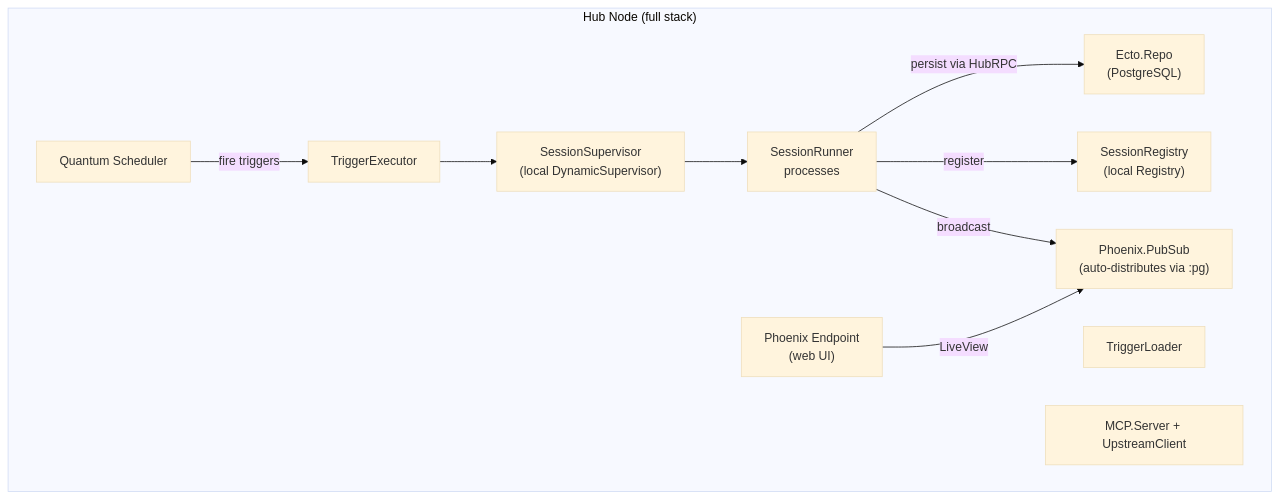
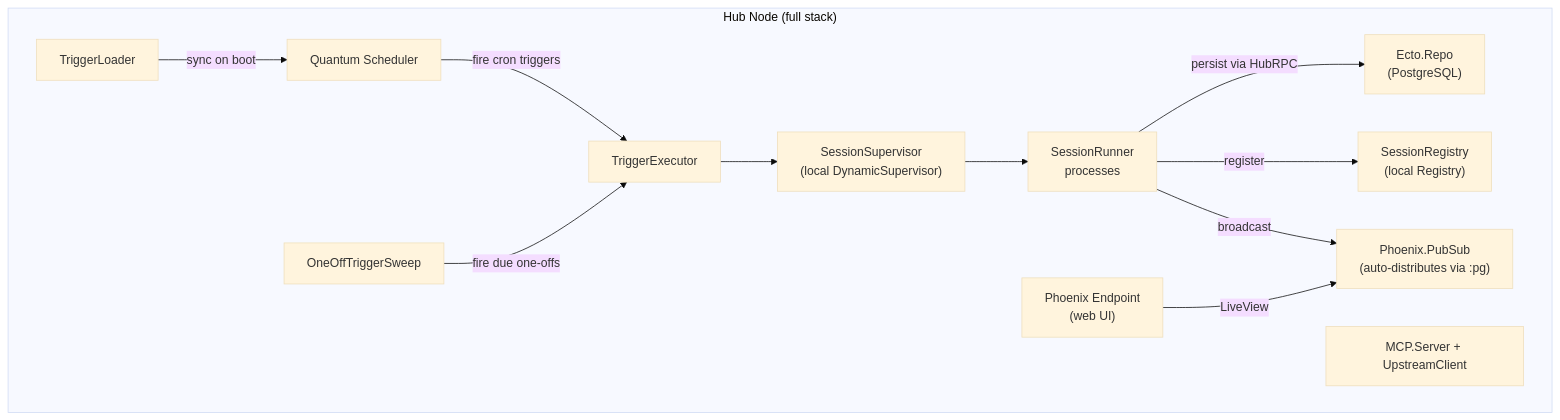
One commit to zingbretsen/orca_hub changed the second of 6 diagrams in .context/clustering.md. Above: the diagram before and after it, drawn with Mermaid (base theme). The commit also changed other lines of this file and 4 other files, not shown here.

First line of the commit message:
Refresh .context architecture docs to match current code (scheduled audit)

````diff
--- a/.context/clustering.md
+++ b/.context/clustering.md
@@ -51,23 +51,26 @@
 ```mermaid
 graph TB
     subgraph HubNode["Hub Node (full stack)"]
         Repo["Ecto.Repo<br/>(PostgreSQL)"]
         SR["SessionRegistry<br/>(local Registry)"]
         SS["SessionSupervisor<br/>(local DynamicSupervisor)"]
         Runners["SessionRunner<br/>processes"]
         PS["Phoenix.PubSub<br/>(auto-distributes via :pg)"]
         Sched["Quantum Scheduler"]
         TL["TriggerLoader"]
+        OOS["OneOffTriggerSweep"]
         EP["Phoenix Endpoint<br/>(web UI)"]
         MCP["MCP.Server + UpstreamClient"]
 
         SS --> Runners
         Runners -->|register| SR
         Runners -->|broadcast| PS
         Runners -->|persist via HubRPC| Repo
         TE["TriggerExecutor"]
-        Sched -->|fire triggers| TE
+        TL -->|sync on boot| Sched
+        Sched -->|fire cron triggers| TE
+        OOS -->|fire due one-offs| TE
         TE --> SS
         EP -->|LiveView| PS
     end
 ```
````
